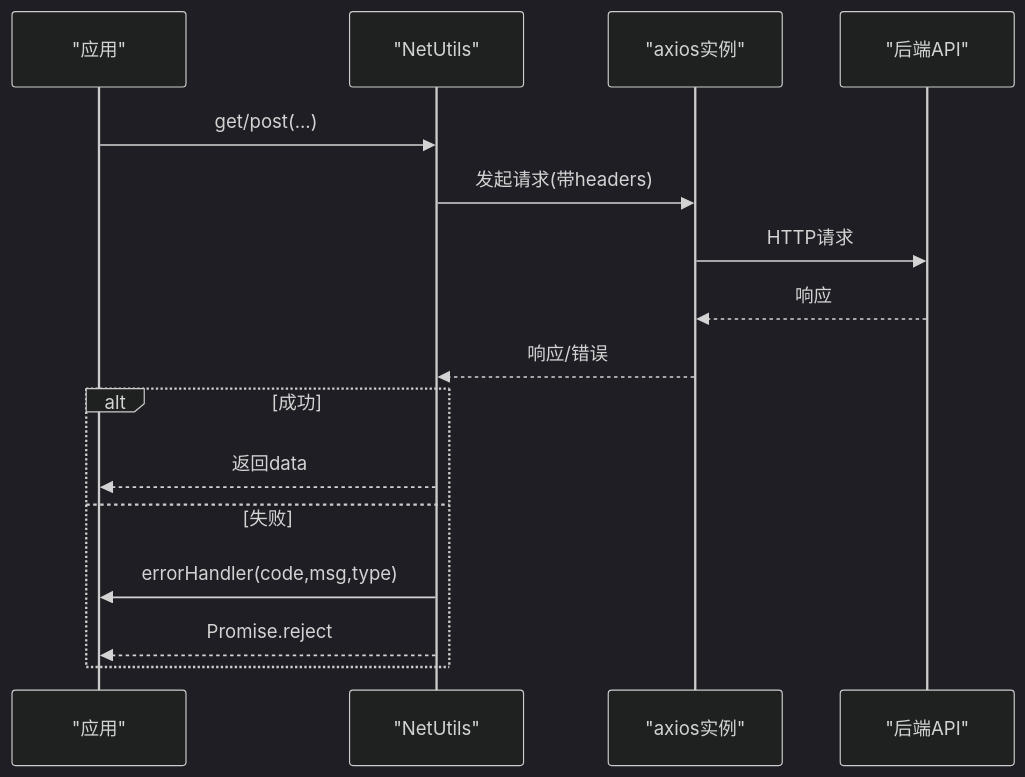
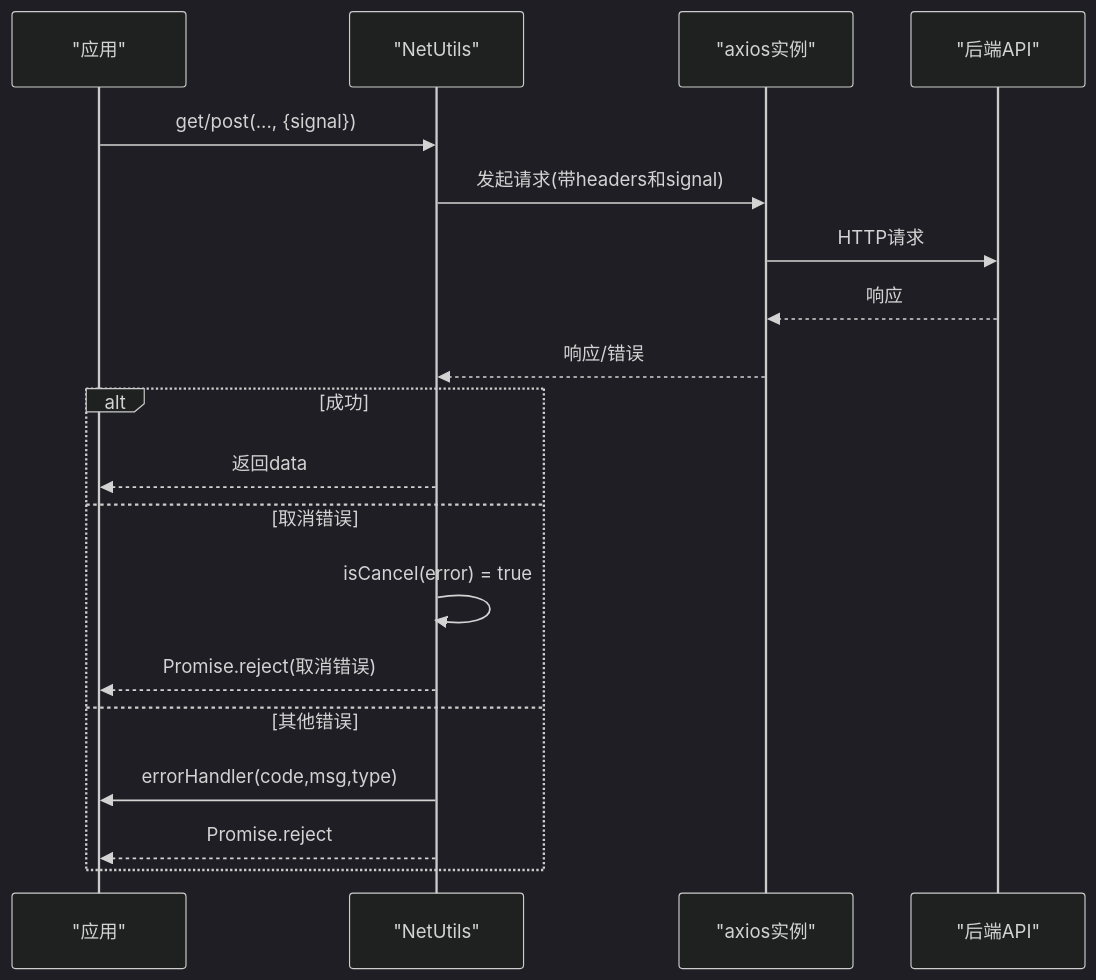
Before and after one commit to liqiongke/FrontArk: the fifth of 8 diagrams in .qoder/repowiki/zh/content/架构设计/数据流管理/请求生命周期.md, drawn with Mermaid (dark theme). The commit also changed other lines of this file and 25 other files, not shown here.

````diff
--- a/.qoder/repowiki/zh/content/架构设计/数据流管理/请求生命周期.md
+++ b/.qoder/repowiki/zh/content/架构设计/数据流管理/请求生命周期.md
@@ -175,18 +266,21 @@
 ```mermaid
 sequenceDiagram
 participant App as "应用"
 participant NU as "NetUtils"
 participant AX as "axios实例"
 participant API as "后端API"
-App->>NU : get/post(...)
-NU->>AX : 发起请求(带headers)
+App->>NU : get/post(..., {signal})
+NU->>AX : 发起请求(带headers和signal)
 AX->>API : HTTP请求
 API-->>AX : 响应
 AX-->>NU : 响应/错误
 alt 成功
 NU-->>App : 返回data
-else 失败
+else 取消错误
+NU->>NU : isCancel(error) = true
+NU-->>App : Promise.reject(取消错误)
+else 其他错误
 NU->>App : errorHandler(code,msg,type)
 NU-->>App : Promise.reject
 end
 ```
````
